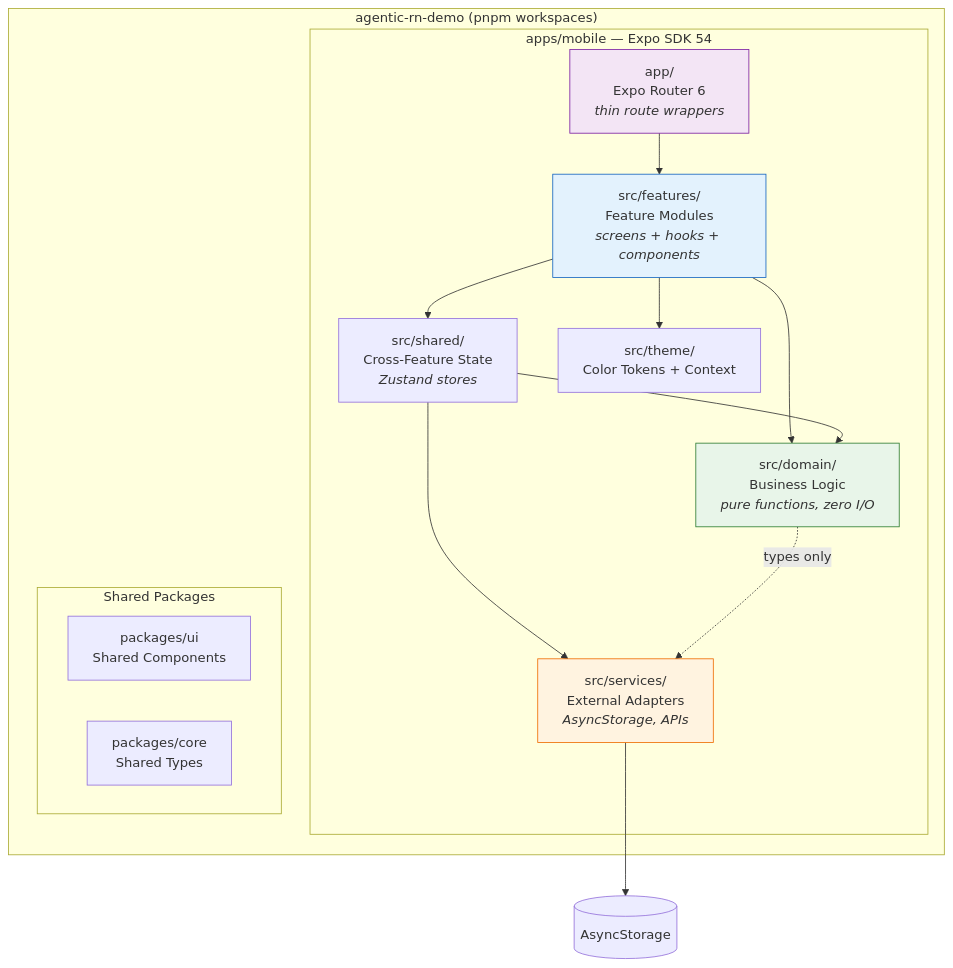
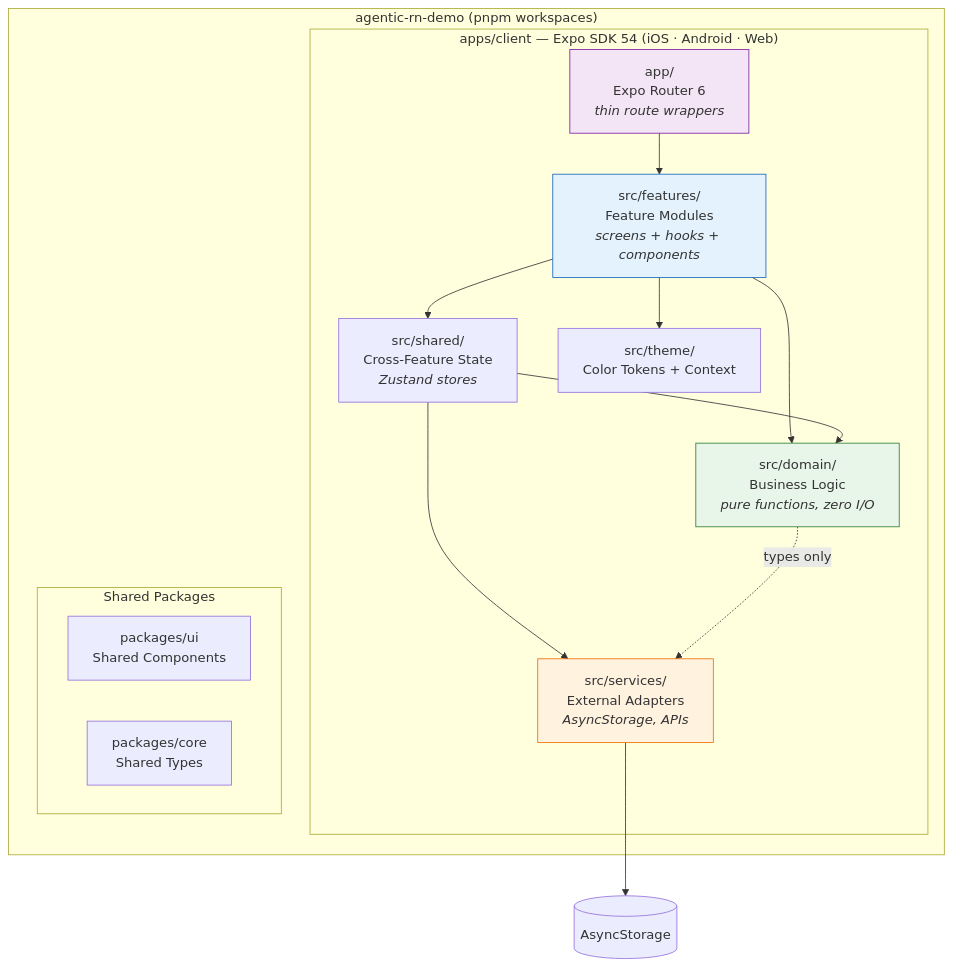
Before and after one commit to RDOToole89/agentic-rn-demo: the first of 4 diagrams in docs/ARCHITECTURE.md, drawn with Mermaid. The commit also changed other lines of this file and 43 other files, not shown here.

First line of the commit message:
refactor(mono): rename apps/mobile to apps/client, add web support and CLAUDE.md

````diff
--- a/docs/ARCHITECTURE.md
+++ b/docs/ARCHITECTURE.md
@@ -15,31 +16,31 @@
 ```mermaid
 graph TB
     subgraph Monorepo["agentic-rn-demo (pnpm workspaces)"]
-        subgraph Mobile["apps/mobile — Expo SDK 54"]
+        subgraph Client["apps/client — Expo SDK 54 (iOS · Android · Web)"]
             Router["app/<br/>Expo Router 6<br/><i>thin route wrappers</i>"]
             Features["src/features/<br/>Feature Modules<br/><i>screens + hooks + components</i>"]
             Shared["src/shared/<br/>Cross-Feature State<br/><i>Zustand stores</i>"]
             Domain["src/domain/<br/>Business Logic<br/><i>pure functions, zero I/O</i>"]
             Services["src/services/<br/>External Adapters<br/><i>AsyncStorage, APIs</i>"]
             Theme["src/theme/<br/>Color Tokens + Context"]
         end
         subgraph Packages["Shared Packages"]
             UI["packages/ui<br/>Shared Components"]
             Core["packages/core<br/>Shared Types"]
         end
     end
 
     Router --> Features
     Features --> Shared
     Features --> Domain
     Features --> Theme
     Shared --> Domain
     Shared --> Services
     Domain -.->|types only| Services
     Services --> AsyncStorage[(AsyncStorage)]
 
     style Domain fill:#e8f5e9,stroke:#2e7d32
     style Services fill:#fff3e0,stroke:#ef6c00
     style Features fill:#e3f2fd,stroke:#1565c0
     style Router fill:#f3e5f5,stroke:#7b1fa2
 ```
````
